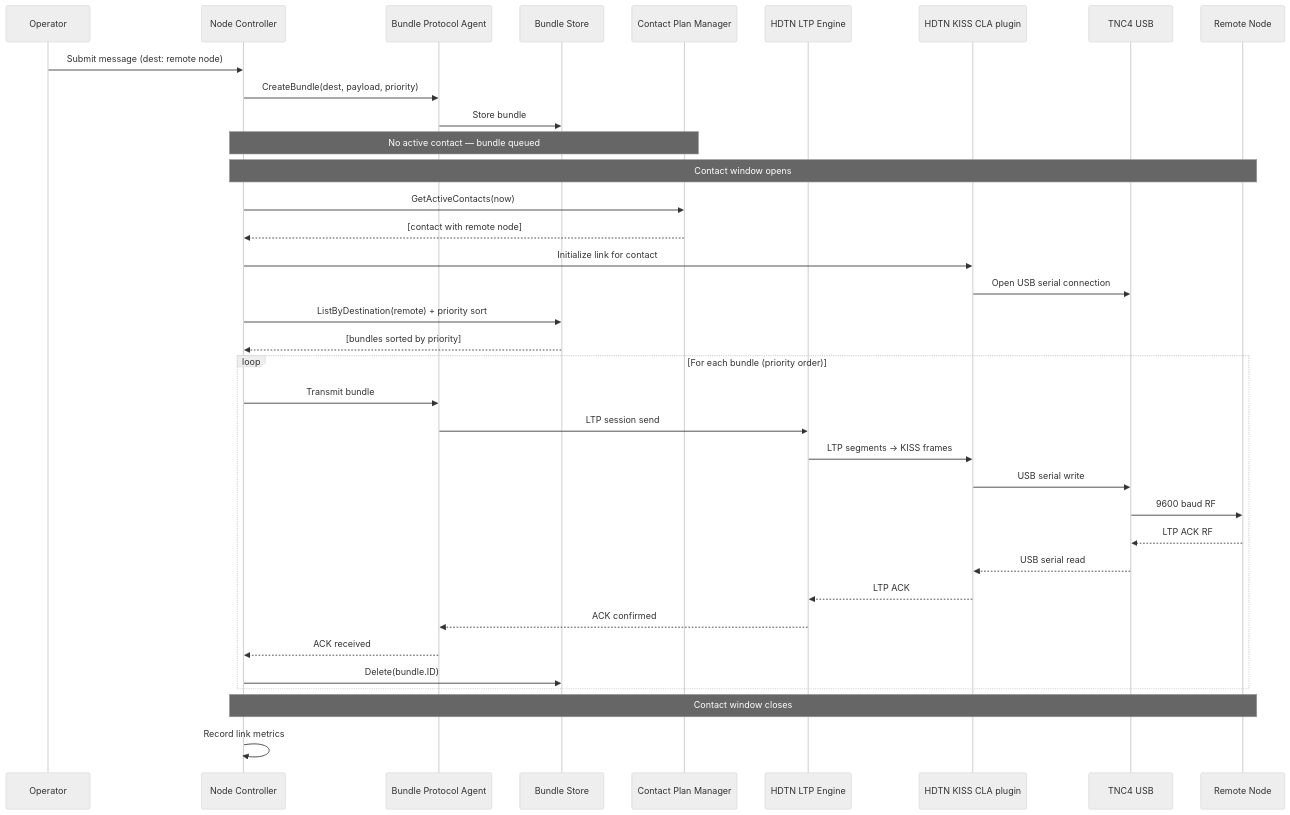
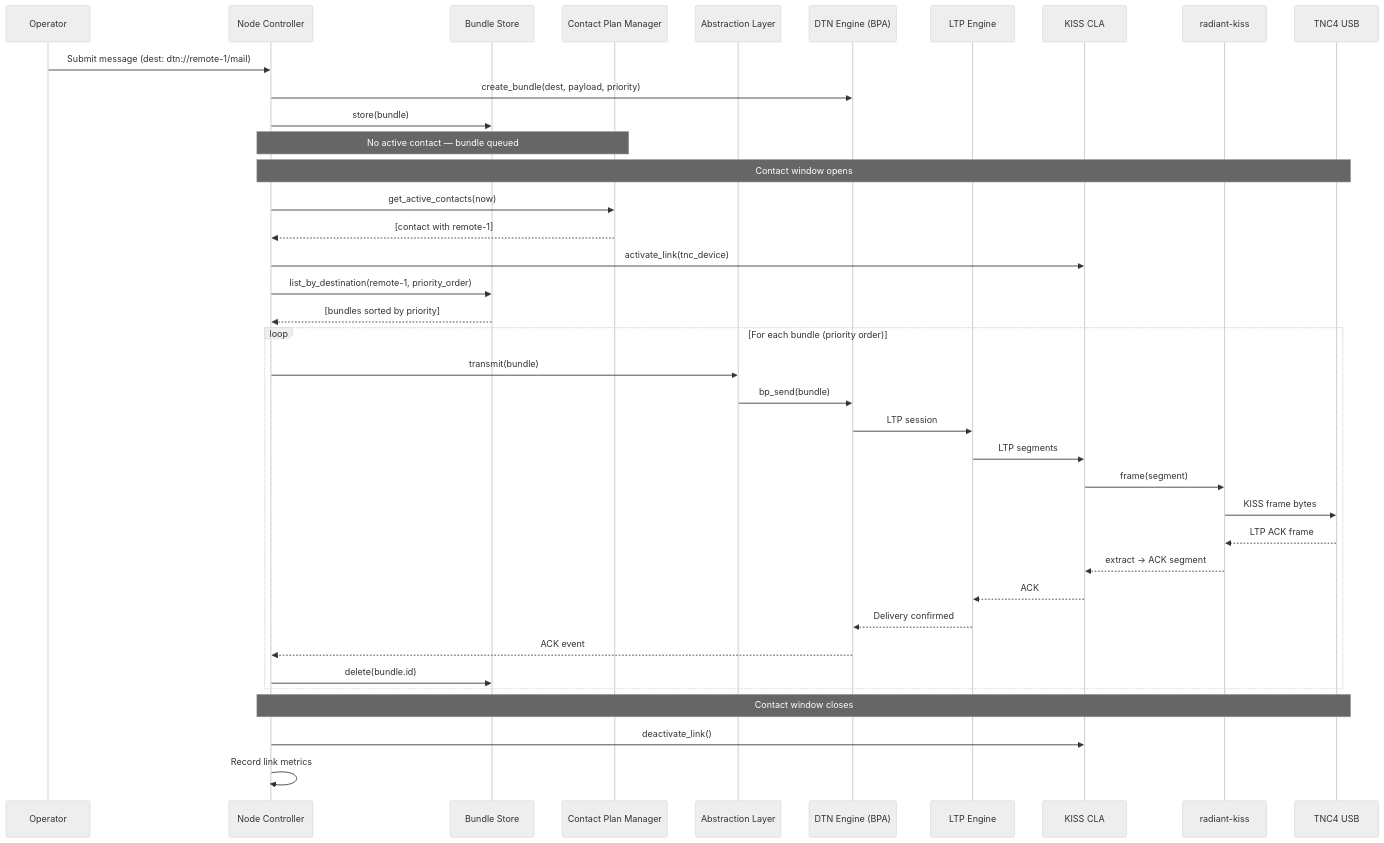
The fourth of 5 diagrams in docs/terrestrial-dtn-phase1/design.md (g4dpz/cislunar_proposal), drawn with Mermaid (neutral theme) before and after one commit. The commit also changed other lines of this file and 48 other files, not shown here.

First line of the commit message:
feat: add radiant-dtn-abstraction crate with ION/Hardy interop

````diff
--- a/docs/terrestrial-dtn-phase1/design.md
+++ b/docs/terrestrial-dtn-phase1/design.md
@@ -120,40 +179,42 @@
 ```mermaid
 sequenceDiagram
     participant Op as Operator
     participant NC as Node Controller
-    participant BPA as Bundle Protocol Agent
     participant BS as Bundle Store
     participant CPM as Contact Plan Manager
-    participant LTP as HDTN LTP Engine
-    participant CLA as HDTN KISS CLA plugin
+    participant AL as Abstraction Layer
+    participant BPA as DTN Engine (BPA)
+    participant LTP as LTP Engine
+    participant CLA as KISS CLA
+    participant KISS as radiant-kiss
     participant TNC as TNC4 USB
-    participant Remote as Remote Node
 
-    Op->>NC: Submit message (dest: remote node)
-    NC->>BPA: CreateBundle(dest, payload, priority)
-    BPA->>BS: Store bundle
+    Op->>NC: Submit message (dest: dtn://remote-1/mail)
+    NC->>BPA: create_bundle(dest, payload, priority)
+    NC->>BS: store(bundle)
     Note over NC,CPM: No active contact — bundle queued
 
-    Note over NC,Remote: Contact window opens
-    NC->>CPM: GetActiveContacts(now)
-    CPM-->>NC: [contact with remote node]
-    NC->>CLA: Initialize link for contact
-    CLA->>TNC: Open USB serial connection
-    NC->>BS: ListByDestination(remote) + priority sort
+    Note over NC,TNC: Contact window opens
+    NC->>CPM: get_active_contacts(now)
+    CPM-->>NC: [contact with remote-1]
+    NC->>CLA: activate_link(tnc_device)
+    NC->>BS: list_by_destination(remote-1, priority_order)
     BS-->>NC: [bundles sorted by priority]
     loop For each bundle (priority order)
-        NC->>BPA: Transmit bundle
-        BPA->>LTP: LTP session send
-        LTP->>CLA: LTP segments → KISS frames
-        CLA->>TNC: USB serial write
-        TNC->>Remote: 9600 baud RF
-        Remote-->>TNC: LTP ACK RF
-        TNC-->>CLA: USB serial read
-        CLA-->>LTP: LTP ACK
-        LTP-->>BPA: ACK confirmed
-        BPA-->>NC: ACK received
-        NC->>BS: Delete(bundle.ID)
+        NC->>AL: transmit(bundle)
+        AL->>BPA: bp_send(bundle)
+        BPA->>LTP: LTP session
+        LTP->>CLA: LTP segments
+        CLA->>KISS: frame(segment)
+        KISS->>TNC: KISS frame bytes
+        TNC-->>KISS: LTP ACK frame
+        KISS-->>CLA: extract → ACK segment
+        CLA-->>LTP: ACK
+        LTP-->>BPA: Delivery confirmed
+        BPA-->>NC: ACK event
+        NC->>BS: delete(bundle.id)
     end
-    Note over NC,Remote: Contact window closes
+    Note over NC,TNC: Contact window closes
+    NC->>CLA: deactivate_link()
     NC->>NC: Record link metrics
 ```
````
